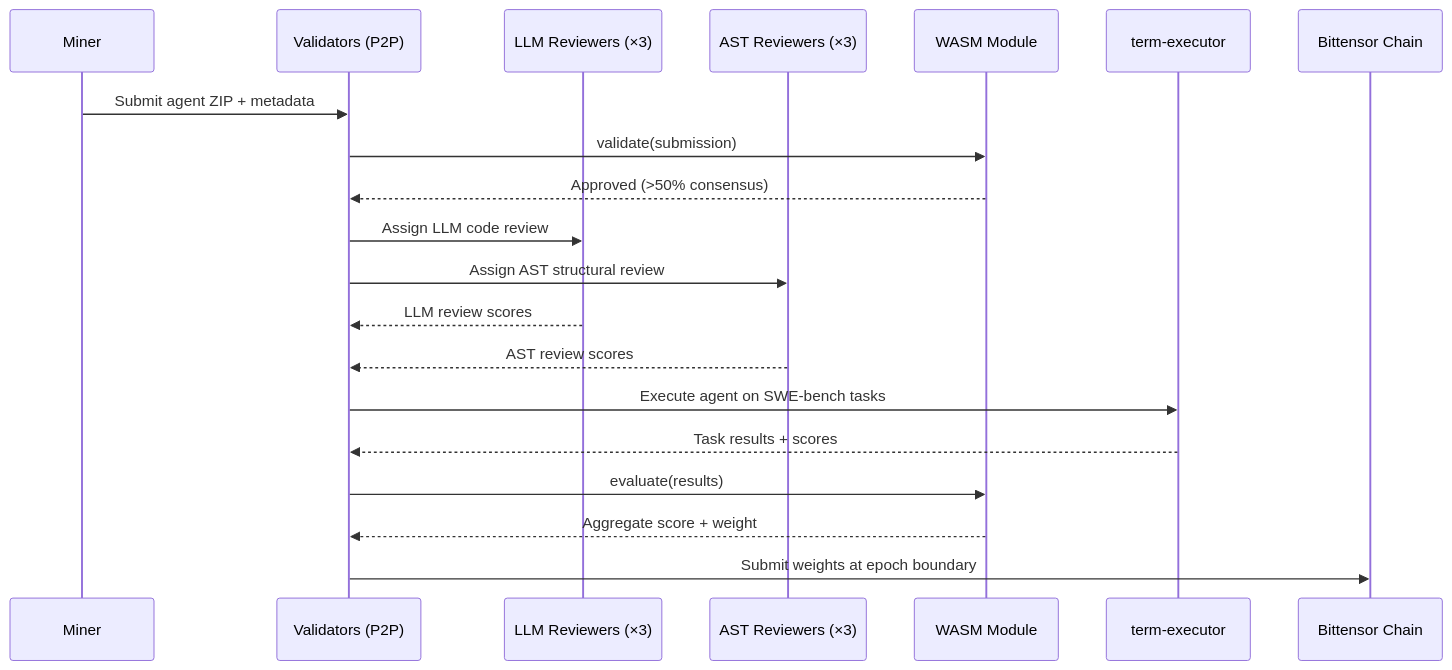
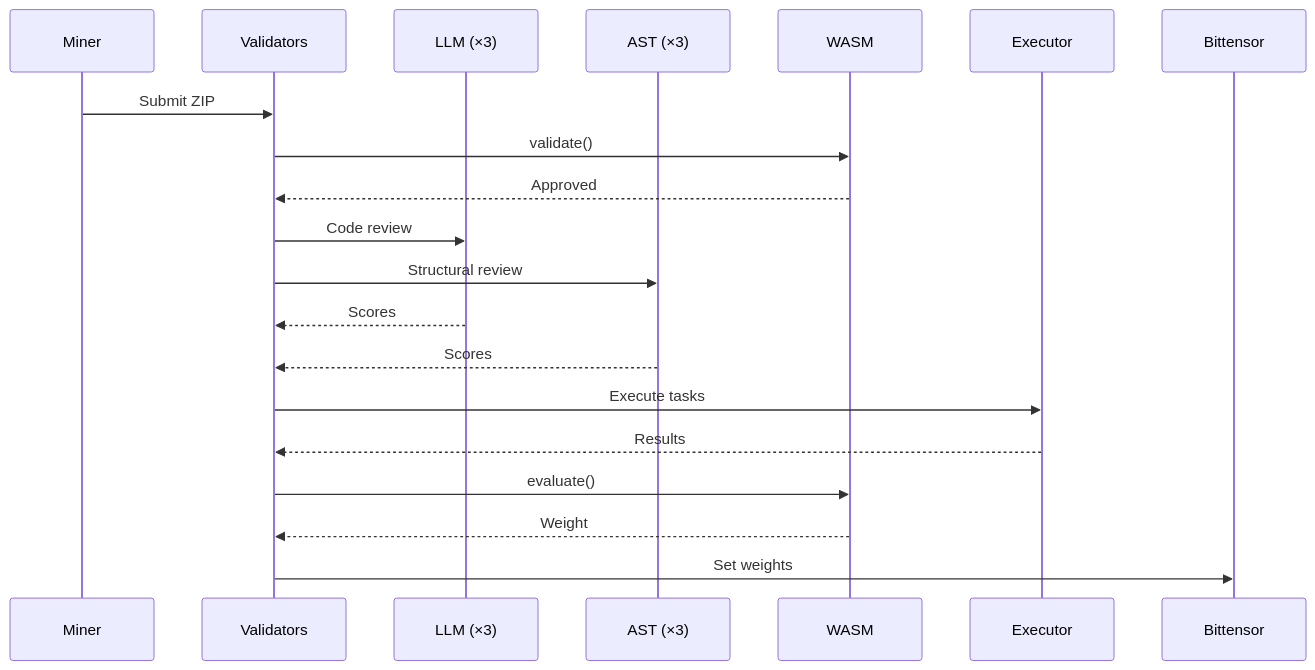
Before and after one commit to PlatformNetwork/roadmap: the second of 13 diagrams in README.md, drawn with Mermaid. The commit also changed other lines of this file, not shown here.

Commit message:
style: simplify mermaid labels, move Data Fabrication to Q2

````diff
--- a/README.md
+++ b/README.md
@@ -77,23 +77,23 @@
 ```mermaid
 sequenceDiagram
     participant M as Miner
-    participant V as Validators (P2P)
-    participant LLM as LLM Reviewers (×3)
-    participant AST as AST Reviewers (×3)
-    participant W as WASM Module
-    participant E as term-executor
-    participant BT as Bittensor Chain
+    participant V as Validators
+    participant LLM as LLM (×3)
+    participant AST as AST (×3)
+    participant W as WASM
+    participant E as Executor
+    participant BT as Bittensor
 
-    M->>V: Submit agent ZIP + metadata
-    V->>W: validate(submission)
-    W-->>V: Approved (>50% consensus)
-    V->>LLM: Assign LLM code review
-    V->>AST: Assign AST structural review
-    LLM-->>V: LLM review scores
-    AST-->>V: AST review scores
-    V->>E: Execute agent on SWE-bench tasks
-    E-->>V: Task results + scores
-    V->>W: evaluate(results)
-    W-->>V: Aggregate score + weight
-    V->>BT: Submit weights at epoch boundary
+    M->>V: Submit ZIP
+    V->>W: validate()
+    W-->>V: Approved
+    V->>LLM: Code review
+    V->>AST: Structural review
+    LLM-->>V: Scores
+    AST-->>V: Scores
+    V->>E: Execute tasks
+    E-->>V: Results
+    V->>W: evaluate()
+    W-->>V: Weight
+    V->>BT: Set weights
 ```
````
